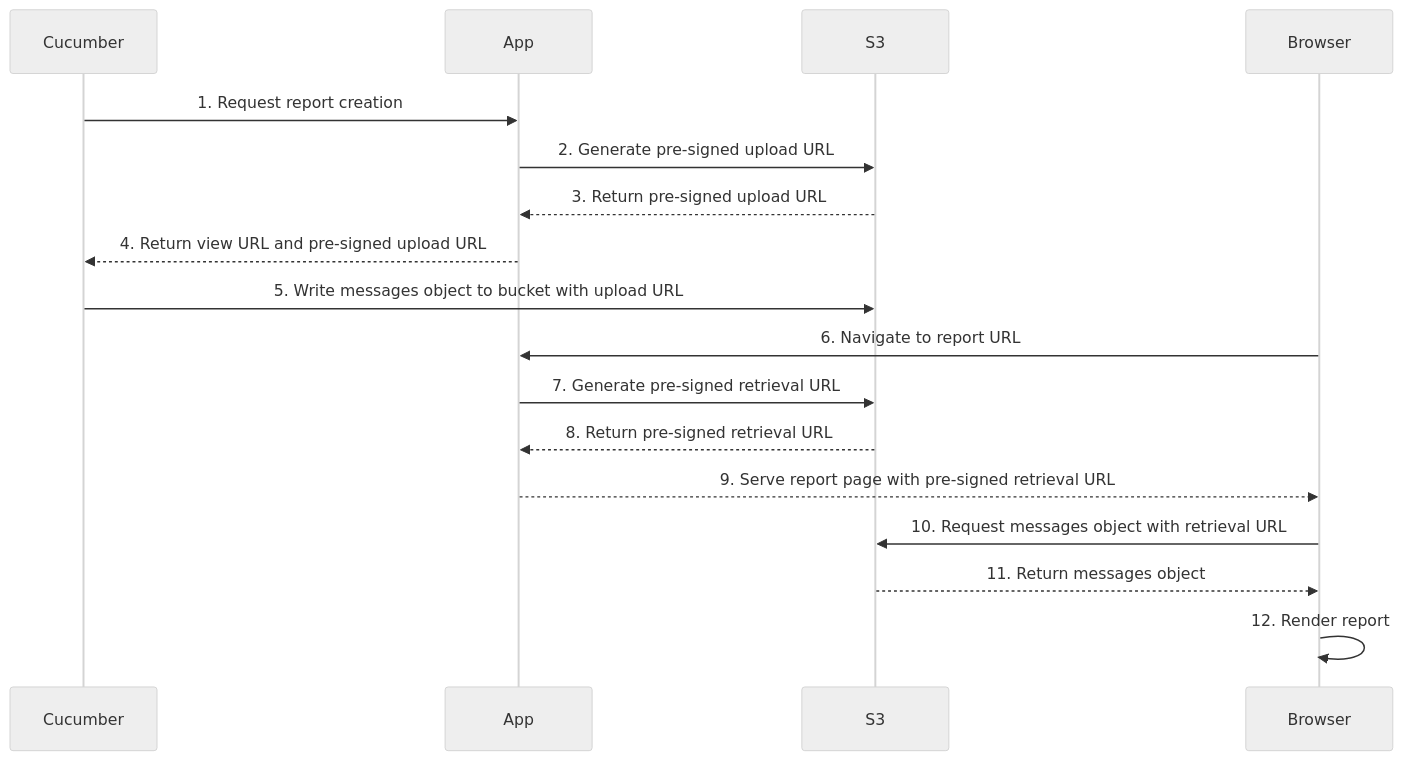
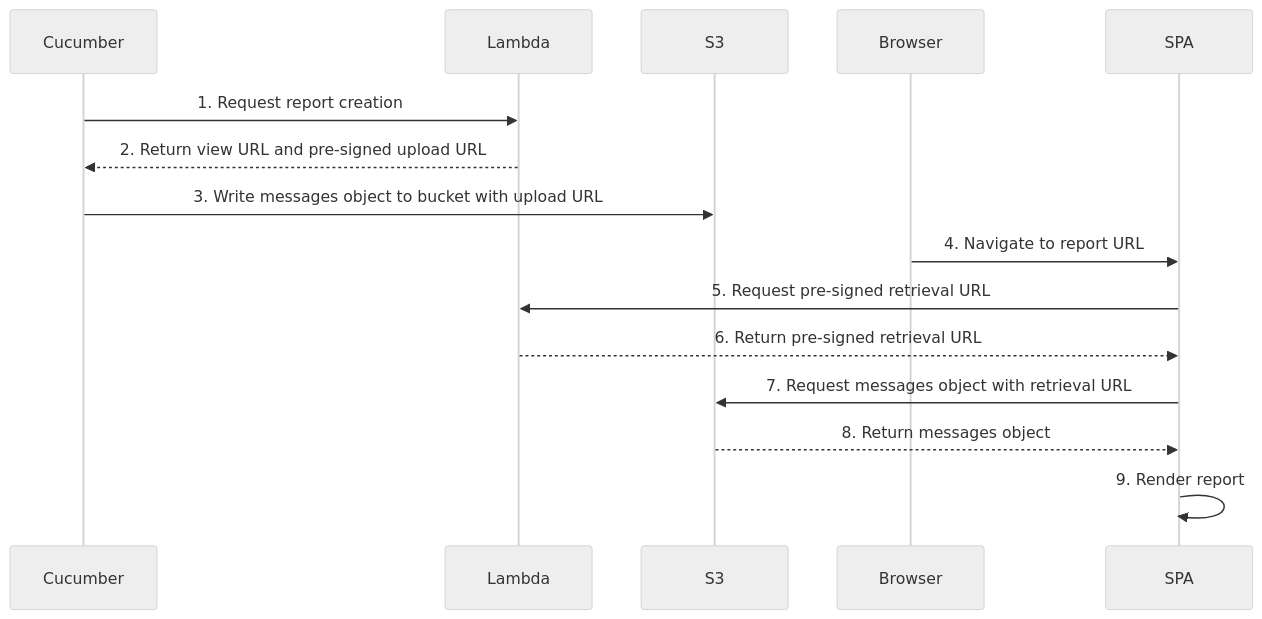
The second of 3 diagrams in ARCHITECTURE.md (ibanFR/cucumber-reports), drawn with Mermaid (neutral theme) before and after one commit. The commit also changed other lines of this file and 84 other files, not shown here.

Commit message:
Replace Next.js app with Vite SPA (#26)

````diff
--- a/ARCHITECTURE.md
+++ b/ARCHITECTURE.md
@@ -44,15 +48,12 @@
 ```mermaid
 sequenceDiagram
-    Cucumber->>App: 1. Request report creation
-    App->>S3: 2. Generate pre-signed upload URL
-    S3-->>App: 3. Return pre-signed upload URL
-    App-->>Cucumber: 4. Return view URL and pre-signed upload URL
-    Cucumber->>S3: 5. Write messages object to bucket with upload URL
-    Browser->>App: 6. Navigate to report URL
-    App->>S3: 7. Generate pre-signed retrieval URL
-    S3-->>App: 8. Return pre-signed retrieval URL
-    App-->>Browser: 9. Serve report page with pre-signed retrieval URL
-    Browser->>S3: 10. Request messages object with retrieval URL
-    S3-->>Browser: 11. Return messages object
-    Browser->>Browser: 12. Render report
+    Cucumber->>Lambda: 1. Request report creation
+    Lambda-->>Cucumber: 2. Return view URL and pre-signed upload URL
+    Cucumber->>S3: 3. Write messages object to bucket with upload URL
+    Browser->>SPA: 4. Navigate to report URL
+    SPA->>Lambda: 5. Request pre-signed retrieval URL
+    Lambda-->>SPA: 6. Return pre-signed retrieval URL
+    SPA->>S3: 7. Request messages object with retrieval URL
+    S3-->>SPA: 8. Return messages object
+    SPA->>SPA: 9. Render report
 ```
````
